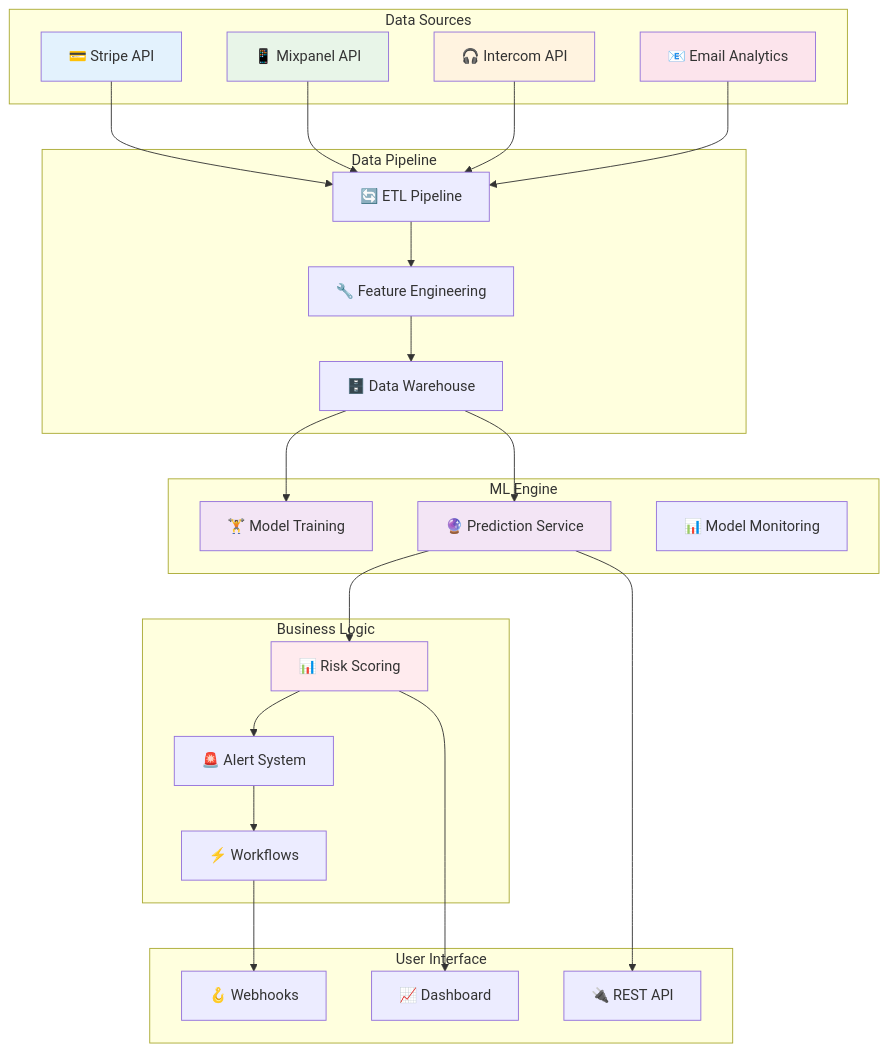
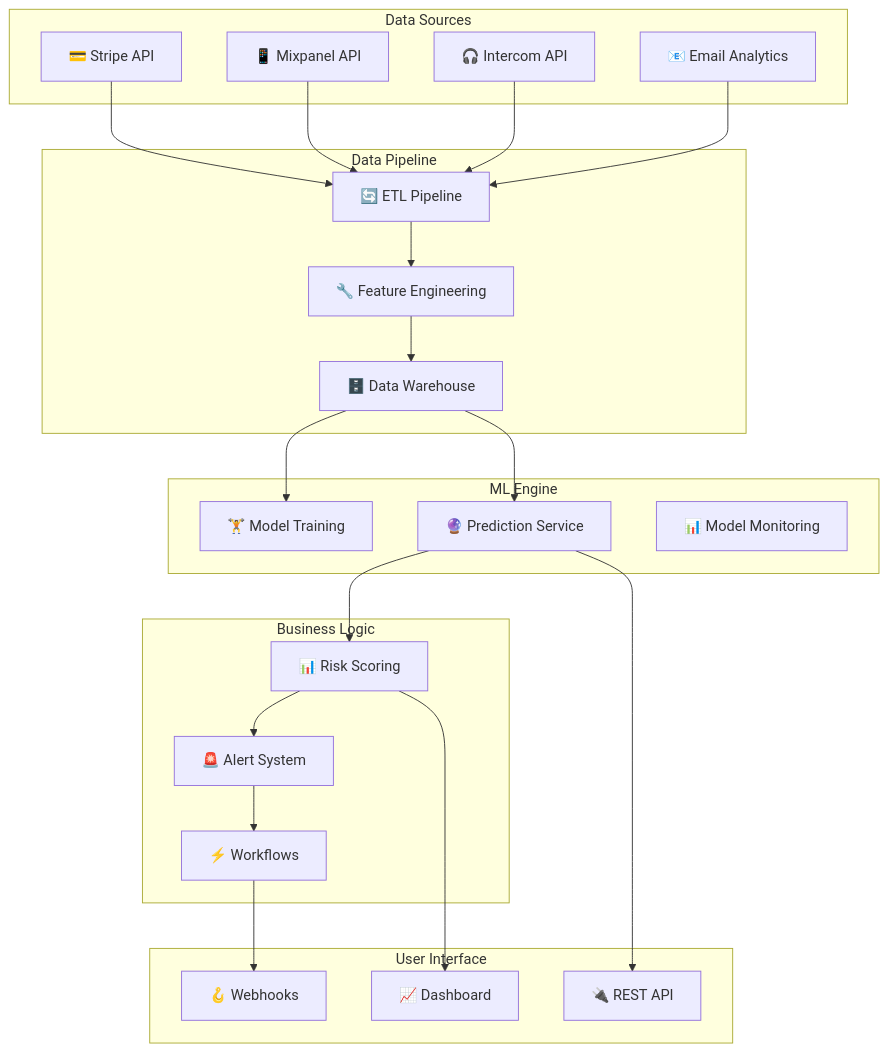
The second of 2 diagrams in README.md (fedorkriuk/the-hook-lab), drawn with Mermaid before and after one commit.

````diff
--- a/README.md
+++ b/README.md
@@ -231,59 +231,52 @@
 ```mermaid
 graph TB
     subgraph "Data Sources"
         DS1[💳 Stripe API]
         DS2[📱 Mixpanel API]
         DS3[🎧 Intercom API]
         DS4[📧 Email Analytics]
     end
     
     subgraph "Data Pipeline"
         ETL[🔄 ETL Pipeline]
         FE[🔧 Feature Engineering]
         DW[🗄️ Data Warehouse]
     end
     
     subgraph "ML Engine"
         MLT[🏋️ Model Training]
         MLP[🔮 Prediction Service]
         MLM[📊 Model Monitoring]
     end
     
     subgraph "Business Logic"
         RS[📊 Risk Scoring]
         AL[🚨 Alert System]
         WF[⚡ Workflows]
     end
     
     subgraph "User Interface"
         DB[📈 Dashboard]
         API[🔌 REST API]
         WH[🪝 Webhooks]
     end
     
     DS1 --> ETL
     DS2 --> ETL
     DS3 --> ETL
     DS4 --> ETL
     
     ETL --> FE
     FE --> DW
     DW --> MLT
     DW --> MLP
     
     MLP --> RS
     RS --> AL
     AL --> WF
     
     RS --> DB
     MLP --> API
     WF --> WH
     
-    style DS1 fill:#e3f2fd
-    style DS2 fill:#e8f5e8
-    style DS3 fill:#fff3e0
-    style DS4 fill:#fce4ec
-    style MLT fill:#f3e5f5
-    style MLP fill:#f3e5f5
-    style RS fill:#ffebee
 ```
````
